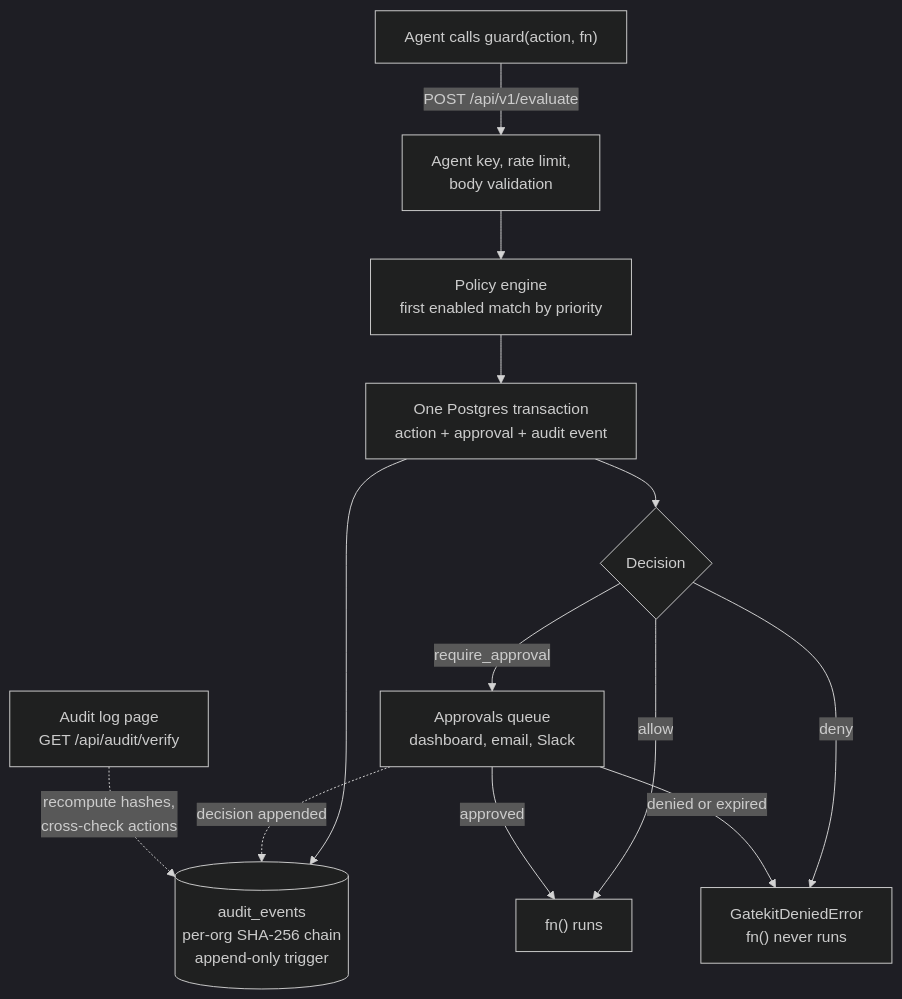
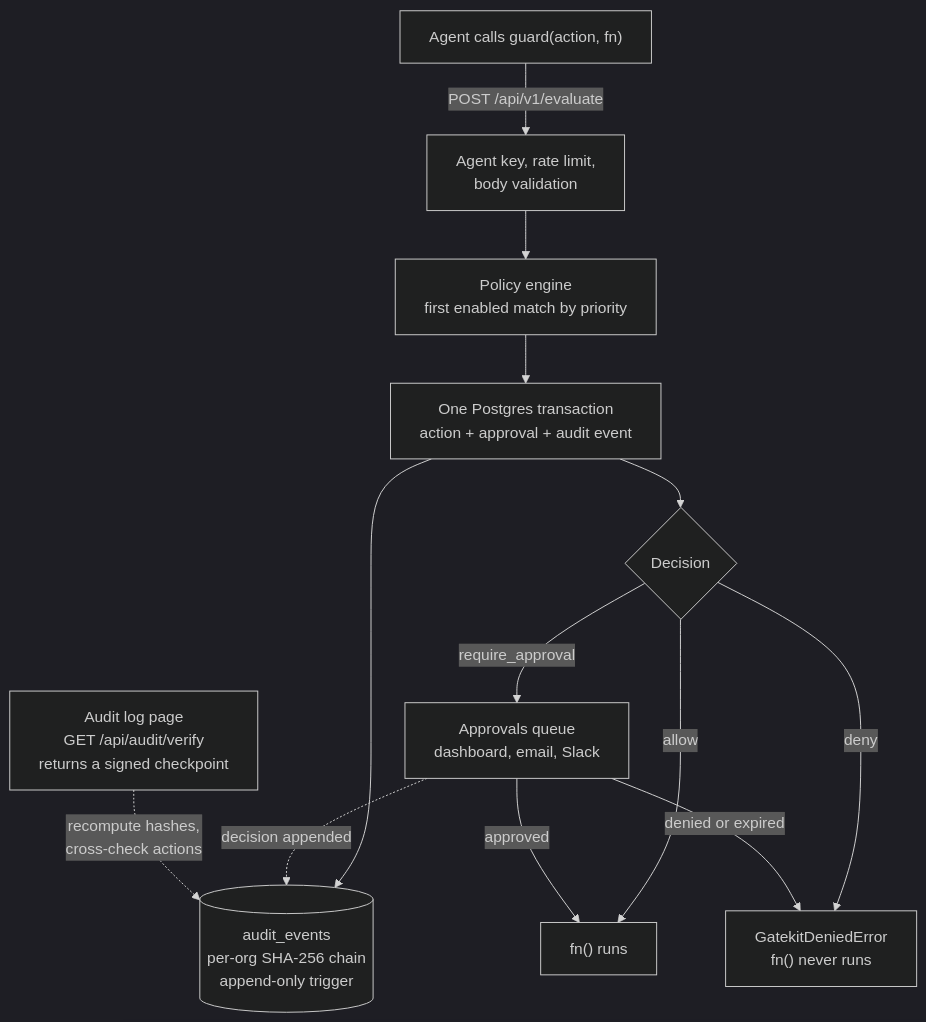
One commit to taranggoyal70/gatekit changed the diagram in README.md. Above: the diagram before and after it, drawn with Mermaid (dark theme). The commit also changed other lines of this file and 10 other files, not shown here.

````diff
--- a/README.md
+++ b/README.md
@@ -155,16 +181,16 @@
 ```mermaid
 %%{init: {"flowchart": {"wrappingWidth": 360}}}%%
 flowchart TB
   AG["Agent calls guard(action, fn)"] -- "POST /api/v1/evaluate" --> API["Agent key, rate limit,<br/>body validation"]
   API --> ENG["Policy engine<br/>first enabled match by priority"]
   ENG --> TX["One Postgres transaction<br/>action + approval + audit event"]
   TX --> CHAIN[("audit_events<br/>per-org SHA-256 chain<br/>append-only trigger")]
   TX --> D{"Decision"}
   D -- allow --> RUN["fn() runs"]
   D -- deny --> STOP["GatekitDeniedError<br/>fn() never runs"]
   D -- require_approval --> Q["Approvals queue<br/>dashboard, email, Slack"]
   Q -- approved --> RUN
   Q -- "denied or expired" --> STOP
   Q -. "decision appended" .-> CHAIN
-  VER["Audit log page<br/>GET /api/audit/verify"] -. "recompute hashes,<br/>cross-check actions" .-> CHAIN
+  VER["Audit log page<br/>GET /api/audit/verify<br/>returns a signed checkpoint"] -. "recompute hashes,<br/>cross-check actions" .-> CHAIN
 ```
````
